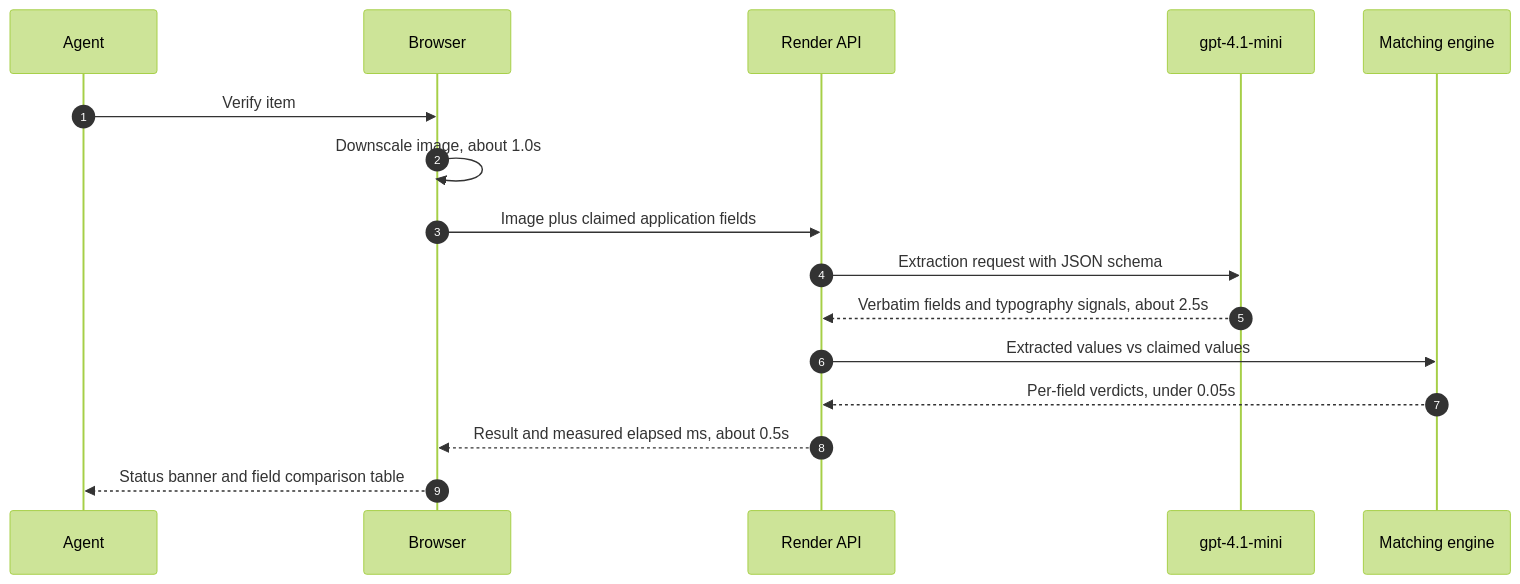
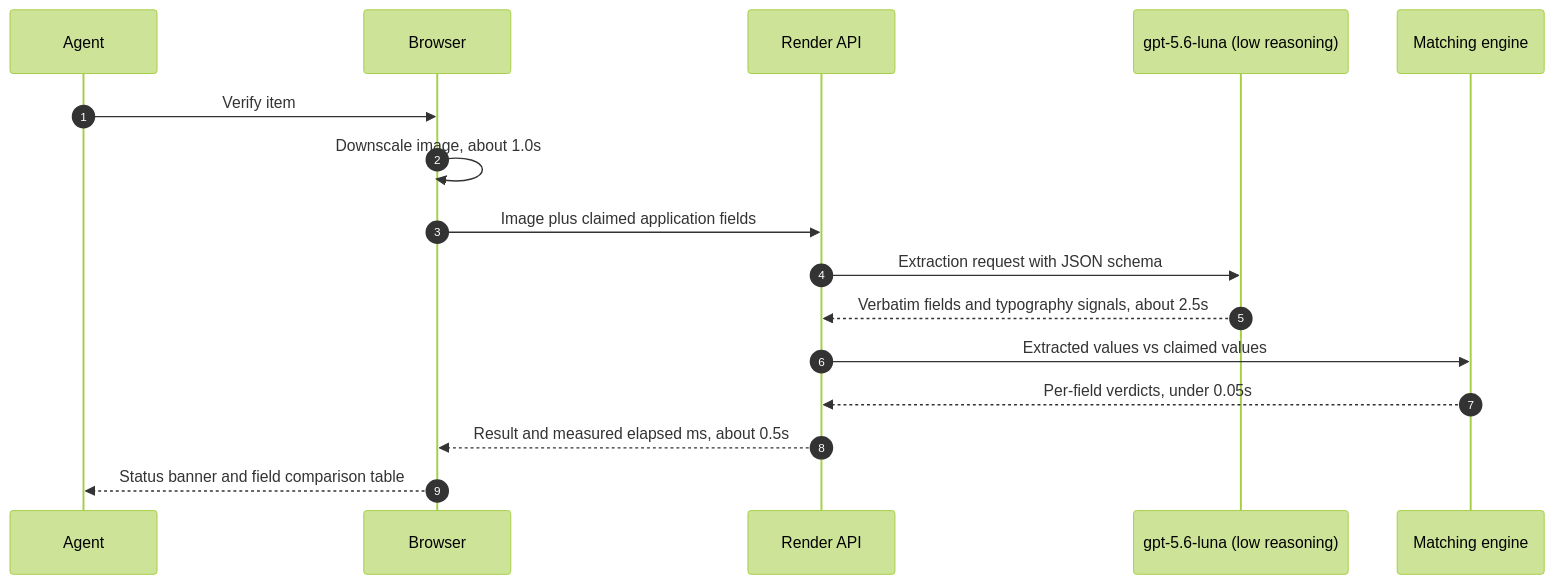
Before and after one commit to Jonathan1600/ai-powered-alcohol-label-verification-app: the second of 6 diagrams in docs/architecture.md, drawn with Mermaid (forest theme). The commit also changed other lines of this file and 16 other files, not shown here.

Commit message:
Migrate label extraction to GPT-5.6 Luna

````diff
--- a/docs/architecture.md
+++ b/docs/architecture.md
@@ -51,19 +51,19 @@
 ```mermaid
 sequenceDiagram
     autonumber
     participant A as Agent
     participant B as Browser
     participant R as Render API
-    participant M as gpt-4.1-mini
+    participant M as gpt-5.6-luna (low reasoning)
     participant E as Matching engine
 
     A->>B: Verify item
     B->>B: Downscale image, about 1.0s
     B->>R: Image plus claimed application fields
     R->>M: Extraction request with JSON schema
     M-->>R: Verbatim fields and typography signals, about 2.5s
     R->>E: Extracted values vs claimed values
     E-->>R: Per-field verdicts, under 0.05s
     R-->>B: Result and measured elapsed ms, about 0.5s
     B-->>A: Status banner and field comparison table
 ```
````
